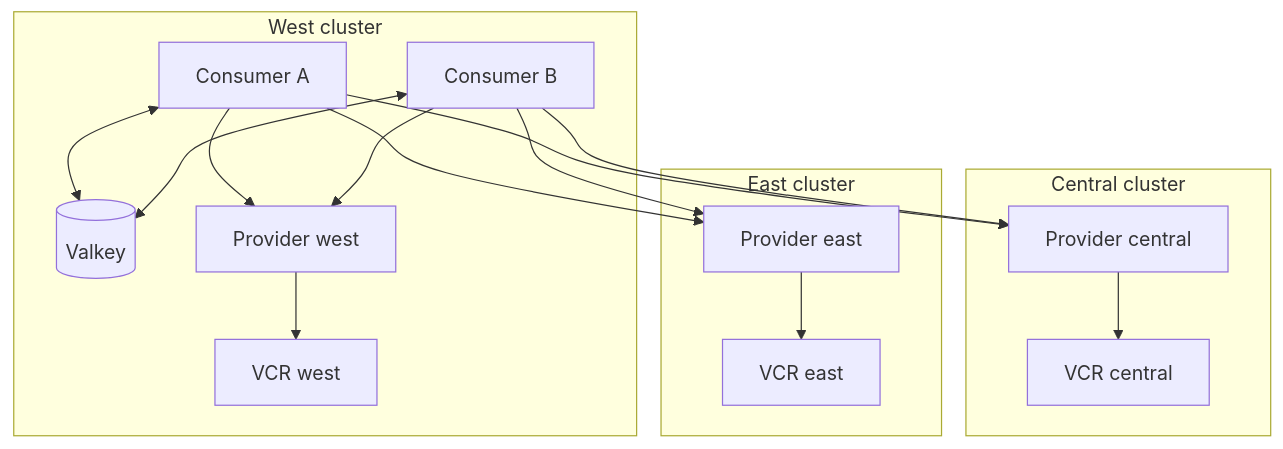
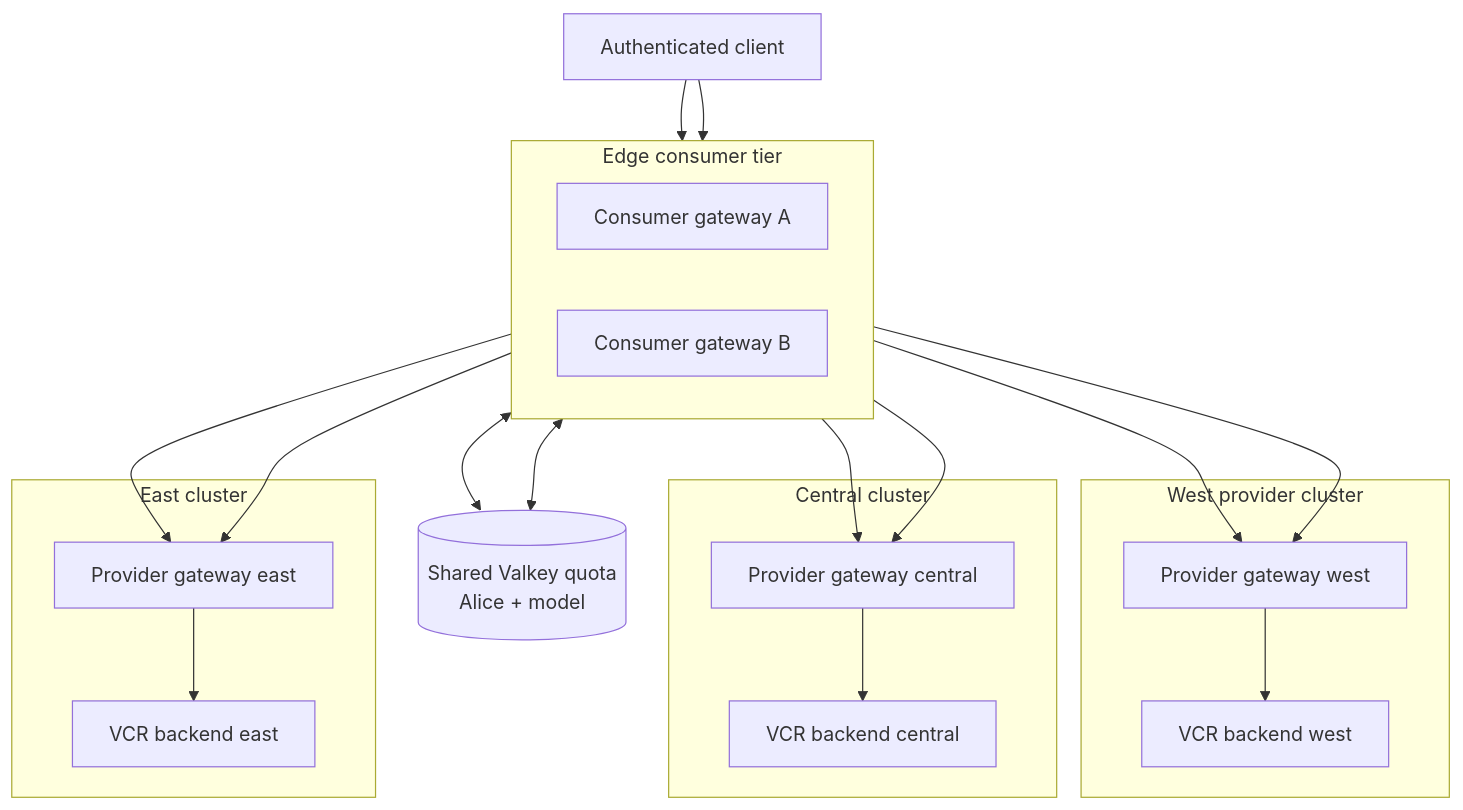
One commit to Ladas/experimental changed the second of 4 diagrams in demos/grid-distributed-token-rate-limit/README.md. Above: the diagram before and after it, drawn with Mermaid. The commit also changed other lines of this file, not shown here.

First line of the commit message:
docs(demo): clarify quota topology and validation

````diff
--- a/demos/grid-distributed-token-rate-limit/README.md
+++ b/demos/grid-distributed-token-rate-limit/README.md
@@ -73,25 +82,33 @@
 ```mermaid
 flowchart TB
-    subgraph West[West cluster]
-      A[Consumer A]
-      B[Consumer B]
-      V[(Valkey)]
-      PW[Provider west]
-      VW[VCR west]
-      A <--> V
-      B <--> V
-      PW --> VW
+    C[Authenticated client]
+
+    subgraph Edge[Edge consumer tier]
+      direction LR
+      A[Consumer gateway A]
+      B[Consumer gateway B]
+    end
+
+    V[(Shared Valkey quota<br/>Alice + model)]
+
+    subgraph West[West provider cluster]
+      PW[Provider gateway west] --> VW[VCR backend west]
     end
     subgraph Central[Central cluster]
-      PC[Provider central] --> VC[VCR central]
+      PC[Provider gateway central] --> VC[VCR backend central]
     end
     subgraph East[East cluster]
-      PE[Provider east] --> VE[VCR east]
+      PE[Provider gateway east] --> VE[VCR backend east]
     end
+
+    C --> A
+    C --> B
+    A <--> V
+    B <--> V
     A --> PW
     A --> PC
     A --> PE
     B --> PW
     B --> PC
     B --> PE
 ```
````
